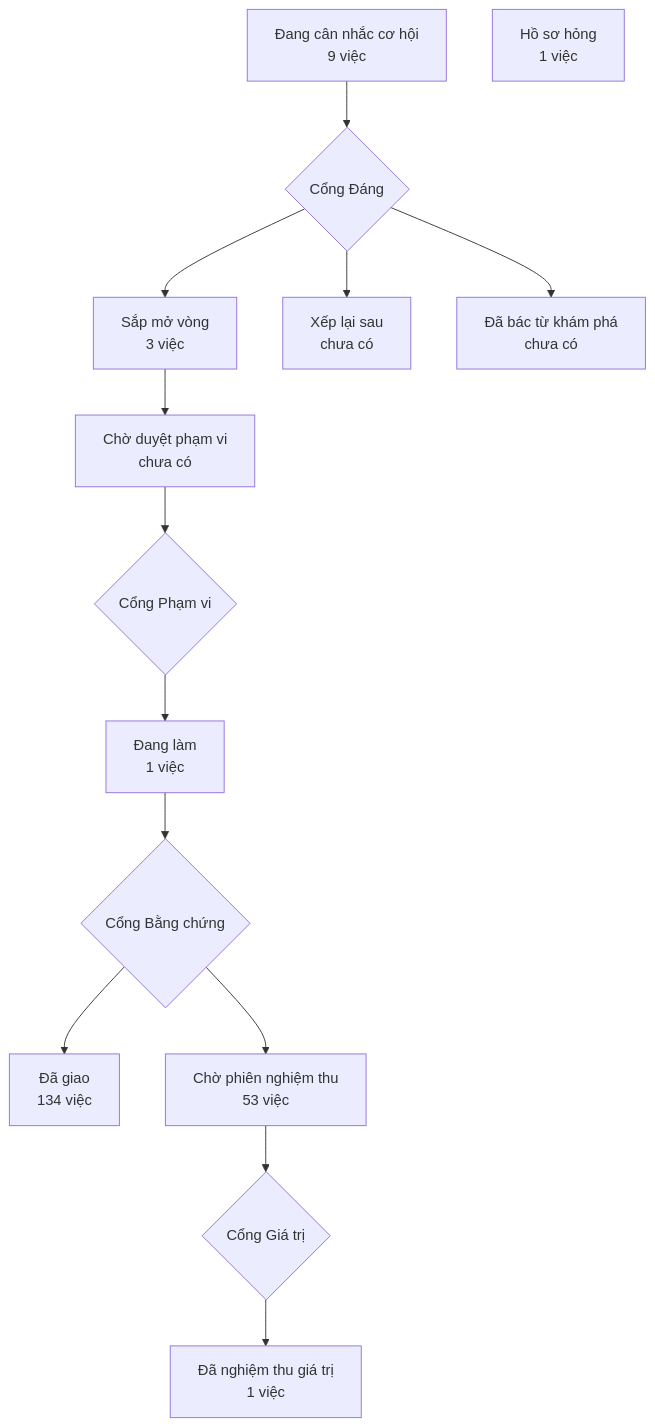
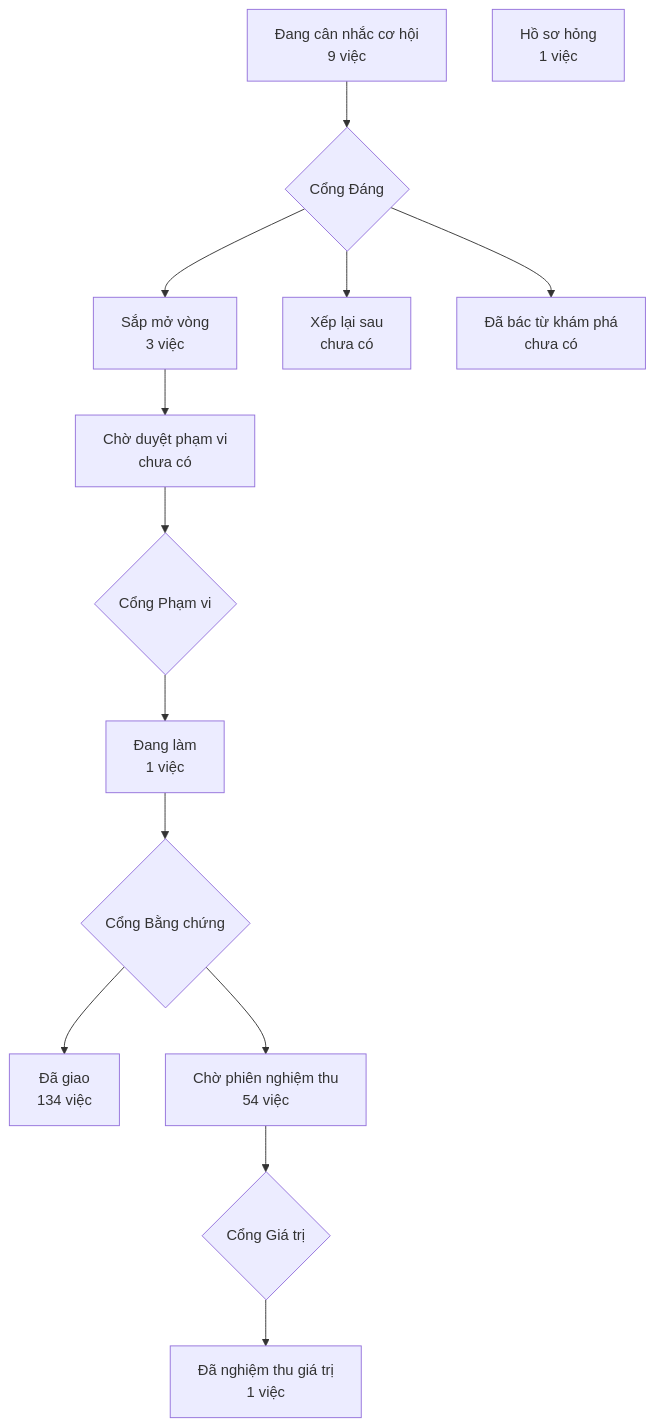
The diagram in PRODUCT-MAP.md (phanlemanh/crm-onehub), drawn with Mermaid before and after one commit.

Commit message:
chore: vẽ lại bản đồ sản phẩm từ bản sạch sau gộp onehub 9bc9e3d2a

````diff
--- a/PRODUCT-MAP.md
+++ b/PRODUCT-MAP.md
@@ -7,13 +7,13 @@
 ```mermaid
 flowchart TD
   A["Đang cân nhắc cơ hội<br/>9 việc"] --> GD{"Cổng Đáng"}
   GD --> B["Sắp mở vòng<br/>3 việc"]
   GD --> XL["Xếp lại sau<br/>chưa có"]
   GD --> DB["Đã bác từ khám phá<br/>chưa có"]
   B --> CD["Chờ duyệt phạm vi<br/>chưa có"] --> GP{"Cổng Phạm vi"}
   GP --> DL["Đang làm<br/>1 việc"] --> GB{"Cổng Bằng chứng"}
   GB --> DG["Đã giao<br/>134 việc"]
-  GB --> CN["Chờ phiên nghiệm thu<br/>53 việc"] --> GG{"Cổng Giá trị"}
+  GB --> CN["Chờ phiên nghiệm thu<br/>54 việc"] --> GG{"Cổng Giá trị"}
   GG --> NT["Đã nghiệm thu giá trị<br/>1 việc"]
   HS["Hồ sơ hỏng<br/>1 việc"]
 ```
````
